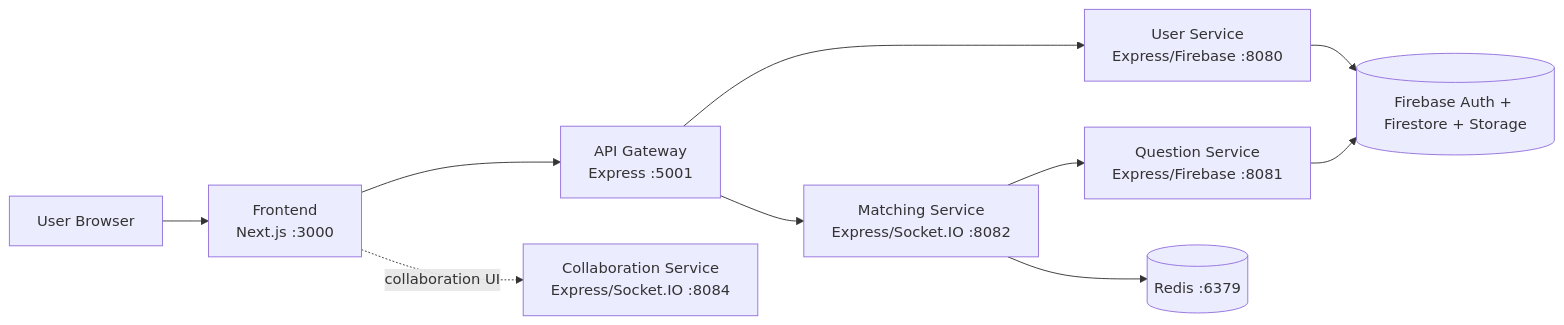
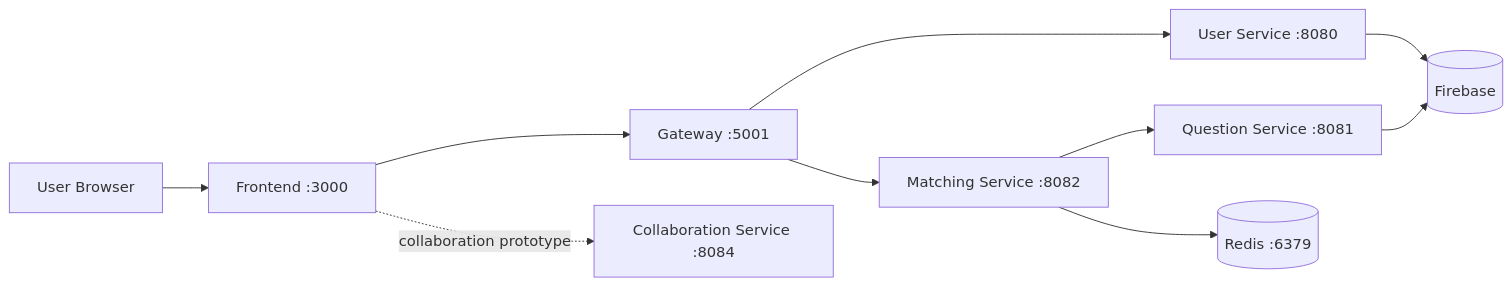
One commit to CS3219-AY2526S2/peerprep-g09 changed the diagram in README.md. Above: the diagram before and after it, drawn with Mermaid. The commit also changed other lines of this file, not shown here.

````diff
--- a/README.md
+++ b/README.md
@@ -42,23 +26,22 @@
 ```mermaid
 flowchart LR
-      U[User Browser]
+    U[User Browser]
+    FE[Frontend :3000]
+    GW[Gateway :5001]
+    US[User Service :8080]
+    QS[Question Service :8081]
+    MS[Matching Service :8082]
+    CS[Collaboration Service :8084]
+    R[(Redis :6379)]
+    FB[(Firebase)]
 
-      FE[Frontend\nNext.js :3000]
-      GW[API Gateway\nExpress :5001]
-      US[User Service\nExpress/Firebase :8080]
-      MS[Matching Service\nExpress/Socket.IO :8082]
-      QS[Question Service\nExpress/Firebase :8081]
-      CS[Collaboration Service\nExpress/Socket.IO :8084]
-      R[(Redis :6379)]
-      FB[(Firebase Auth + Firestore + Storage)]
-
-      U --> FE
-      FE --> GW
-      GW --> US
-      GW --> MS
-      MS --> R
-      MS --> QS
-      US --> FB
-      QS --> FB
-      FE -. collaboration UI .-> CS
+    U --> FE
+    FE --> GW
+    GW --> US
+    GW --> MS
+    MS --> R
+    MS --> QS
+    US --> FB
+    QS --> FB
+    FE -. collaboration prototype .-> CS
 ```
````
